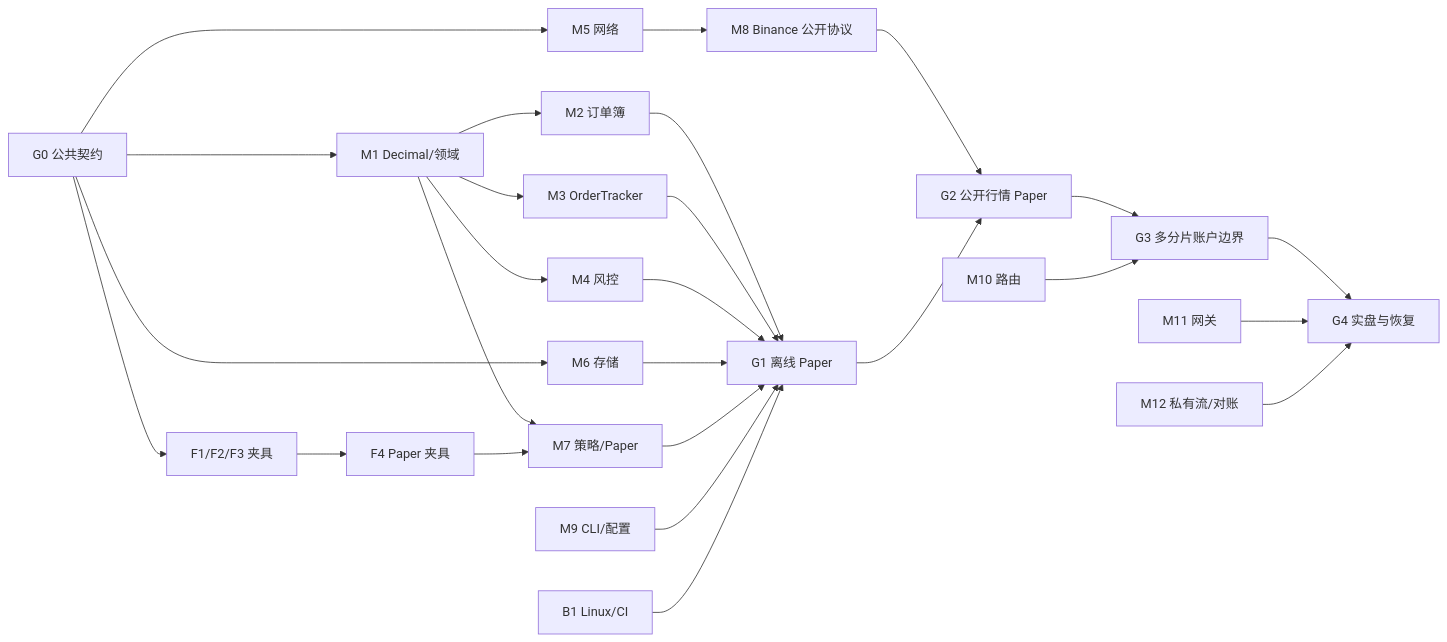
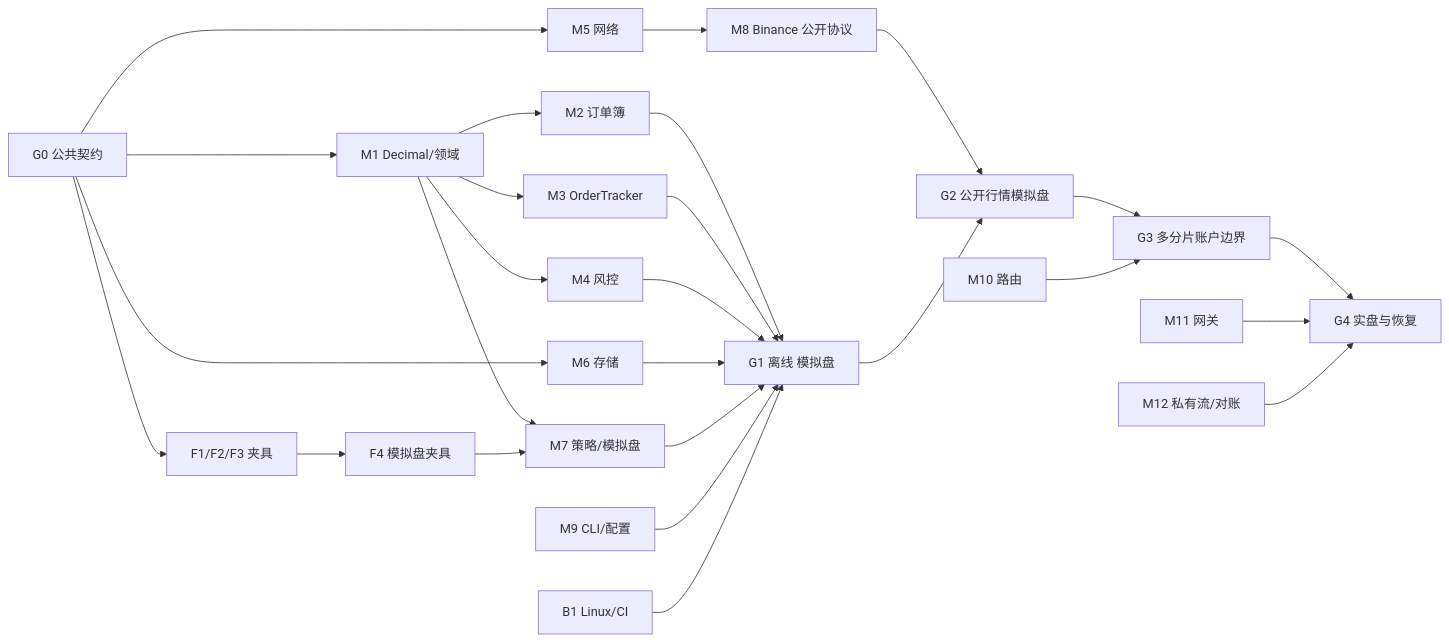
Before and after one commit to larrystd/hbot-quant: the diagram in docs/DEVELOPMENT.md, drawn with Mermaid. The commit also changed other lines of this file and 12 other files, not shown here.

````diff
--- a/docs/DEVELOPMENT.md
+++ b/docs/DEVELOPMENT.md
@@ -129,28 +129,28 @@
 ```mermaid
 flowchart LR
     G0["G0 公共契约"] --> F["F1/F2/F3 夹具"]
-    F --> F4["F4 Paper 夹具"]
+    F --> F4["F4 模拟盘夹具"]
     G0 --> M1["M1 Decimal/领域"]
     G0 --> M5["M5 网络"]
     G0 --> M6["M6 存储"]
     M1 --> M2["M2 订单簿"]
     M1 --> M3["M3 OrderTracker"]
     M1 --> M4["M4 风控"]
-    M1 --> M7["M7 策略/Paper"]
+    M1 --> M7["M7 策略/模拟盘"]
     F4 --> M7
-    M2 --> G1["G1 离线 Paper"]
+    M2 --> G1["G1 离线 模拟盘"]
     M3 --> G1
     M4 --> G1
     M6 --> G1
     M7 --> G1
     M9["M9 CLI/配置"] --> G1
     B1["B1 Linux/CI"] --> G1
     M5 --> M8["M8 Binance 公开协议"]
-    M8 --> G2["G2 公开行情 Paper"]
+    M8 --> G2["G2 公开行情模拟盘"]
     G1 --> G2
     G2 --> G3["G3 多分片账户边界"]
     M10["M10 路由"] --> G3
     G3 --> G4["G4 实盘与恢复"]
     M11["M11 网关"] --> G4
     M12["M12 私有流/对账"] --> G4
 ```
````
